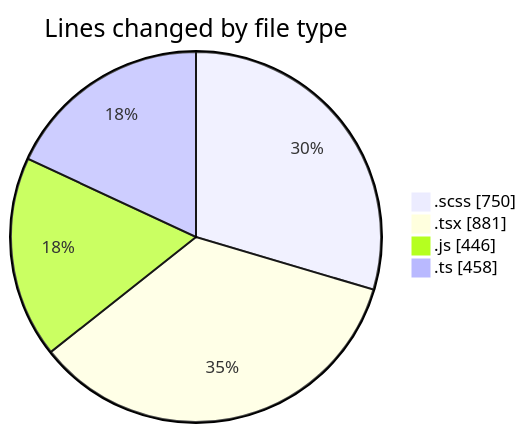
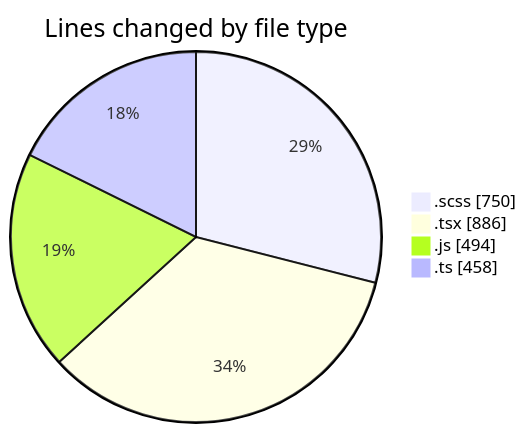
The first of 2 diagrams in 2025-03-14/cda/README.md (momahboobian/code-tracking), drawn with Mermaid before and after one commit. The commit also changed other lines of this file and 1 other file, not shown here.

````diff
--- a/2025-03-14/cda/README.md
+++ b/2025-03-14/cda/README.md
@@ -34,8 +34,8 @@
 ```mermaid
 pie showData
 title Lines changed by file type
 ".scss" : 750
-".tsx" : 881
-".js" : 446
+".tsx" : 886
+".js" : 494
 ".ts" : 458
 ```
````
